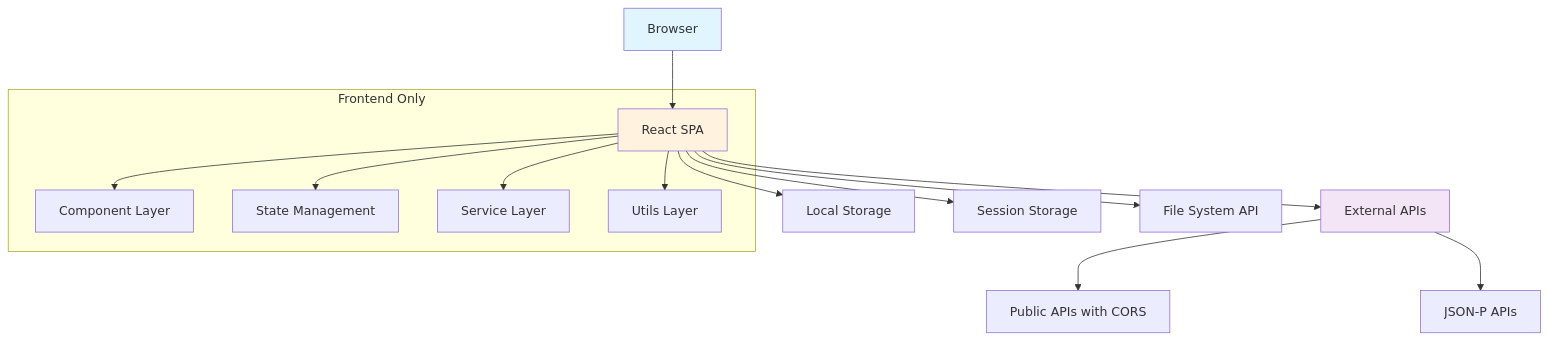
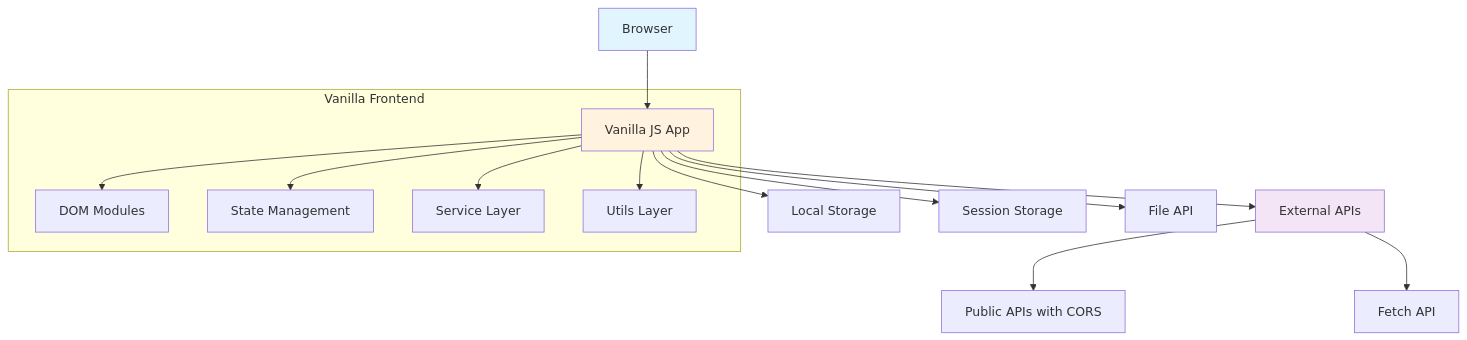
The first of 11 diagrams in ARCHITECTURE_DIAGRAMS.md (graf4ik322/TempSNI), drawn with Mermaid before and after one commit. The commit also changed other lines of this file and 5 other files, not shown here.

Commit message:
Migrate project from React+TypeScript to vanilla web technologies

````diff
--- a/ARCHITECTURE_DIAGRAMS.md
+++ b/ARCHITECTURE_DIAGRAMS.md
@@ -6,22 +6,22 @@
 ```mermaid
 graph TB
-    A[Browser] --> B[React SPA]
+    A[Browser] --> B[Vanilla JS App]
     B --> C[Local Storage]
     B --> D[Session Storage]
-    B --> E[File System API]
+    B --> E[File API]
     B --> F[External APIs]
     
-    subgraph "Frontend Only"
-        B --> G[Component Layer]
+    subgraph "Vanilla Frontend"
+        B --> G[DOM Modules]
         B --> H[State Management]
         B --> I[Service Layer]
         B --> J[Utils Layer]
     end
     
     F --> K[Public APIs with CORS]
-    F --> L[JSON-P APIs]
+    F --> L[Fetch API]
     
     style A fill:#e1f5fe
     style B fill:#fff3e0
     style F fill:#f3e5f5
 ```
````
